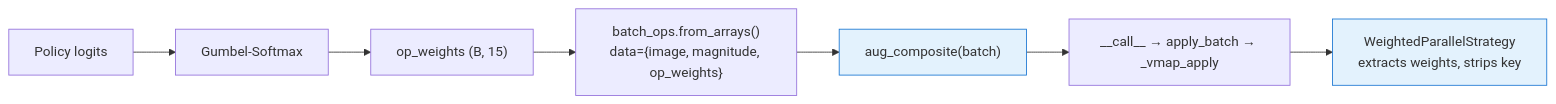
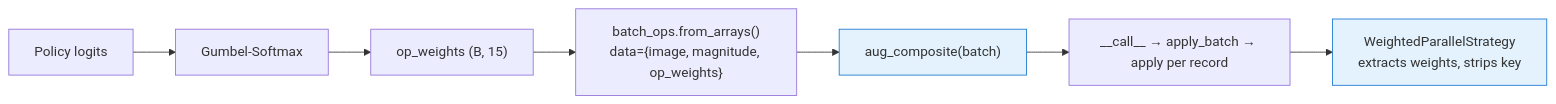
One commit to avitai/datarax changed the second of 2 diagrams in docs/examples/advanced/differentiable/dada-learned-augmentation.md. Above: the diagram before and after it, drawn with Mermaid. The commit also changed other lines of this file and 131 other files, not shown here.

````diff
--- a/docs/examples/advanced/differentiable/dada-learned-augmentation.md
+++ b/docs/examples/advanced/differentiable/dada-learned-augmentation.md
@@ -114,12 +114,12 @@
 ```mermaid
 flowchart LR
     A["Policy logits"] --> B["Gumbel-Softmax"]
     B --> C["op_weights (B, 15)"]
     C --> D["batch_ops.from_arrays()\ndata={image, magnitude, op_weights}"]
     D --> E["aug_composite(batch)"]
-    E --> F["__call__ → apply_batch → _vmap_apply"]
+    E --> F["__call__ → apply_batch → apply per record"]
     F --> G["WeightedParallelStrategy\nextracts weights, strips key"]
 
     style E fill:#e3f2fd,stroke:#1976d2
     style G fill:#e3f2fd,stroke:#1976d2
 ```
````
